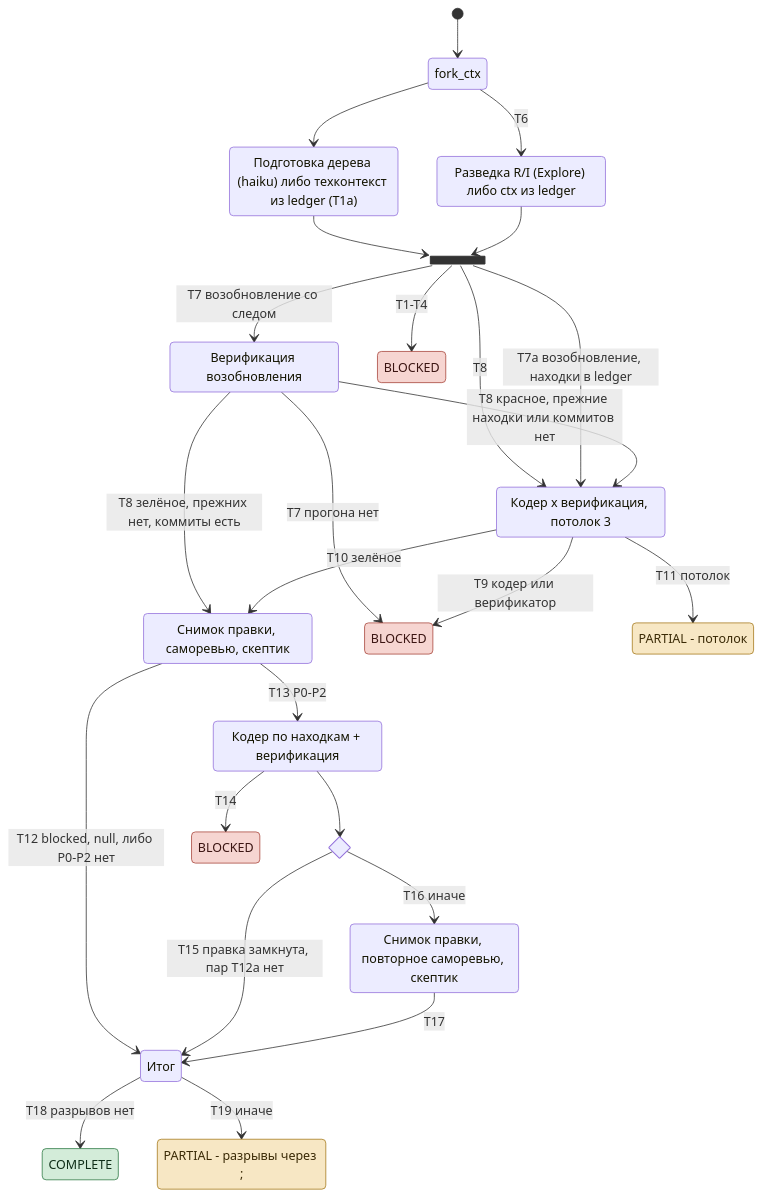
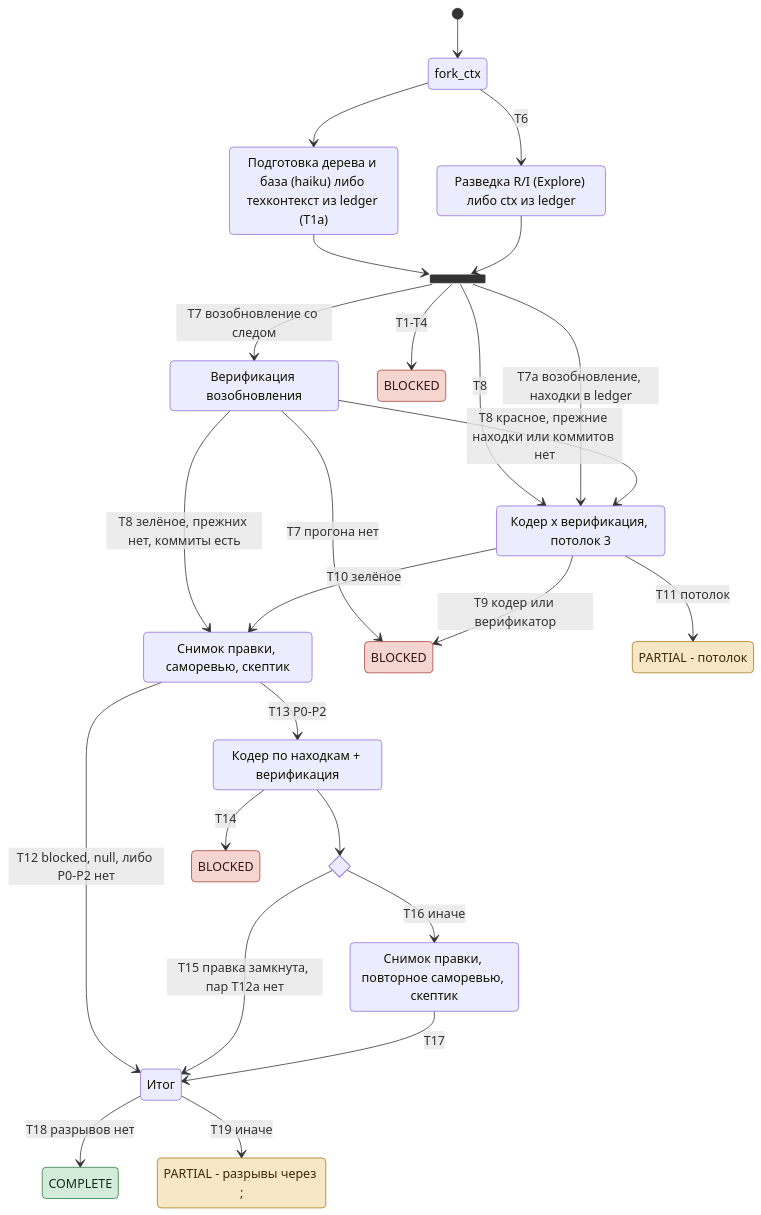
Before and after one commit to dex-it/ai-kit: the diagram in plugins/auto/docs/tracks/feature.md, drawn with Mermaid. The commit also changed other lines of this file and 13 other files, not shown here.

````diff
--- a/plugins/auto/docs/tracks/feature.md
+++ b/plugins/auto/docs/tracks/feature.md
@@ -15,54 +15,54 @@
 ```mermaid
 stateDiagram-v2
   direction TB
   [*] --> fork_ctx
   state fork_ctx <<fork>>
   state join_ctx <<join>>
-  state "Подготовка дерева (haiku) либо техконтекст из ledger (T1a)" as Prep
+  state "Подготовка дерева и база (haiku) либо техконтекст из ledger (T1a)" as Prep
   state "Разведка R/I (Explore) либо ctx из ledger" as Req
   state "Верификация возобновления" as VerR
   state "Кодер x верификация, потолок 3" as Fix
   state "Снимок правки, саморевью, скептик" as Rev
   state "Кодер по находкам + верификация" as Fix2
   state "Снимок правки, повторное саморевью, скептик" as Rev2
   state "Итог" as Final
   state sealChoice <<choice>>
 
   state "BLOCKED" as B1
   state "BLOCKED" as B2
   state "BLOCKED" as B3
   state "PARTIAL - потолок" as P0
   state "COMPLETE" as C
   state "PARTIAL - разрывы через ;" as P1
 
   fork_ctx --> Prep
   fork_ctx --> Req: T6
   Prep --> join_ctx
   Req --> join_ctx
   join_ctx --> B1: T1-T4
   join_ctx --> VerR: T7 возобновление со следом
   join_ctx --> Fix: T8
   join_ctx --> Fix: T7a возобновление, находки в ledger
   VerR --> B2: T7 прогона нет
   VerR --> Fix: T8 красное, прежние находки или коммитов нет
   VerR --> Rev: T8 зелёное, прежних нет, коммиты есть
   Fix --> B2: T9 кодер или верификатор
   Fix --> P0: T11 потолок
   Fix --> Rev: T10 зелёное
   Rev --> Final: T12 blocked, null, либо P0-P2 нет
   Rev --> Fix2: T13 P0-P2
   Fix2 --> B3: T14
   Fix2 --> sealChoice
   sealChoice --> Final: T15 правка замкнута, пар T12a нет
   sealChoice --> Rev2: T16 иначе
   Rev2 --> Final: T17
   Final --> C: T18 разрывов нет
   Final --> P1: T19 иначе
 
   classDef stop fill:#f6d5d1,stroke:#a8453b,color:#3b1512
   classDef part fill:#f7e7c4,stroke:#a57a1c,color:#3a2a06
   classDef done fill:#d3ecd9,stroke:#2f7a45,color:#0f2e18
   class B1,B2,B3 stop
   class P0,P1 part
   class C done
 ```
````
